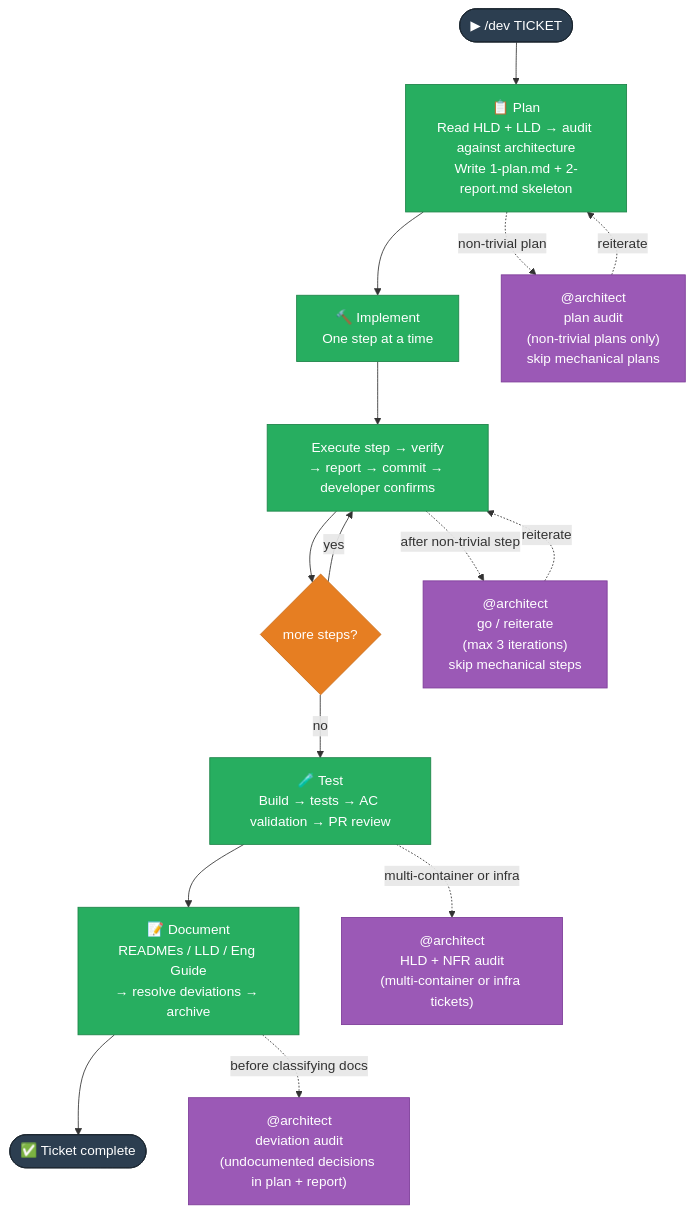
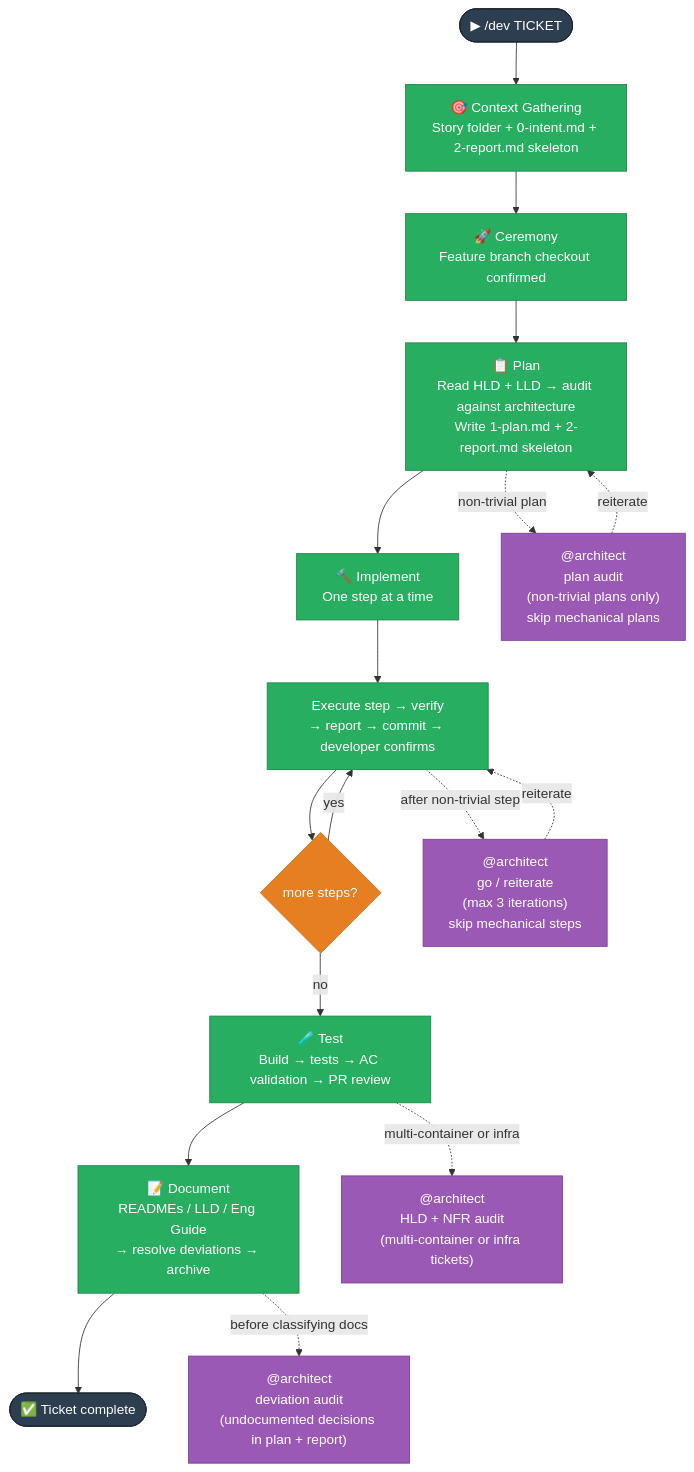
Before and after one commit to DataArt/adlc-discovery-tool: the diagram in docs/Engineering Guide/Lifecycles/01 Dev Lifecycle.md, drawn with Mermaid. The commit also changed other lines of this file and 948 other files, not shown here.

````diff
--- a/docs/Engineering Guide/Lifecycles/01 Dev Lifecycle.md
+++ b/docs/Engineering Guide/Lifecycles/01 Dev Lifecycle.md
@@ -25,33 +25,35 @@
 ```mermaid
 flowchart TD
     START(["▶ /dev TICKET"]):::actor
 
+    CG["🎯 Context Gathering\nStory folder + 0-intent.md + 2-report.md skeleton"]:::phase
+    CE["🚀 Ceremony\nFeature branch checkout confirmed"]:::phase
     P["📋 Plan\nRead HLD + LLD → audit against architecture\nWrite 1-plan.md + 2-report.md skeleton"]:::phase
     I1["🔨 Implement\nOne step at a time"]:::phase
     ISTEP["Execute step → verify\n→ report → commit → developer confirms"]:::phase
     ILOOP{"more steps?"}:::gate
     T["🧪 Test\nBuild → tests → AC validation → PR review"]:::phase
     D["📝 Document\nREADMEs / LLD / Eng Guide\n→ resolve deviations → archive"]:::phase
     DONE(["✅ Ticket complete"]):::actor
 
     ARC_P["@architect\nplan audit\n(non-trivial plans only)\nskip mechanical plans"]:::sat
     ARC_I["@architect\ngo / reiterate\n(max 3 iterations)\nskip mechanical steps"]:::sat
     ARC_T["@architect\nHLD + NFR audit\n(multi-container or infra tickets)"]:::sat
     ARC_D["@architect\ndeviation audit\n(undocumented decisions in plan + report)"]:::sat
 
-    START --> P --> I1 --> ISTEP --> ILOOP
+    START --> CG --> CE --> P --> I1 --> ISTEP --> ILOOP
     ILOOP -->|yes| ISTEP
     ILOOP -->|no| T --> D --> DONE
 
     P -.->|non-trivial plan| ARC_P
     ARC_P -.->|reiterate| P
     ISTEP -.->|after non-trivial step| ARC_I
     ARC_I -.->|reiterate| ISTEP
     T -.->|multi-container or infra| ARC_T
     D -.->|before classifying docs| ARC_D
 
     classDef actor fill:#2C3E50,stroke:#1A252F,color:#fff
     classDef phase fill:#27AE60,stroke:#1E8449,color:#fff
     classDef gate fill:#E67E22,stroke:#CA6F1E,color:#fff
     classDef sat fill:#9B59B6,stroke:#7D3C98,color:#fff
 ```
````
